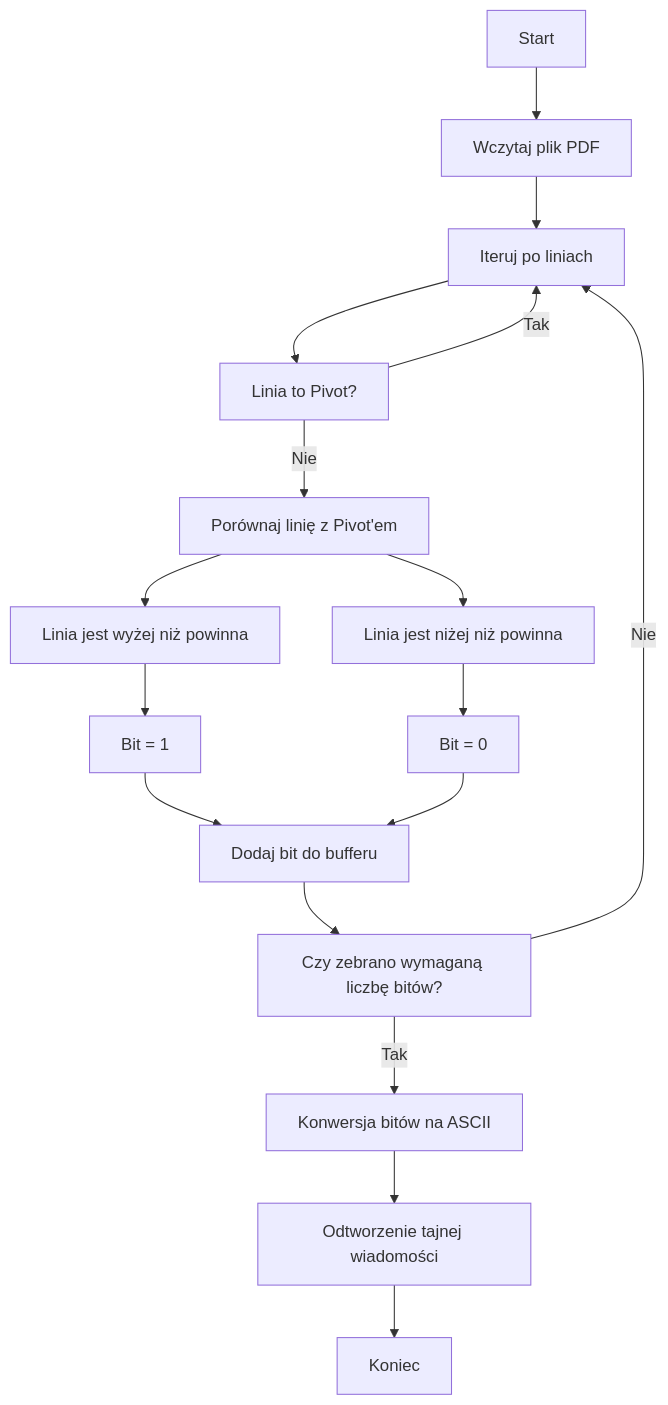
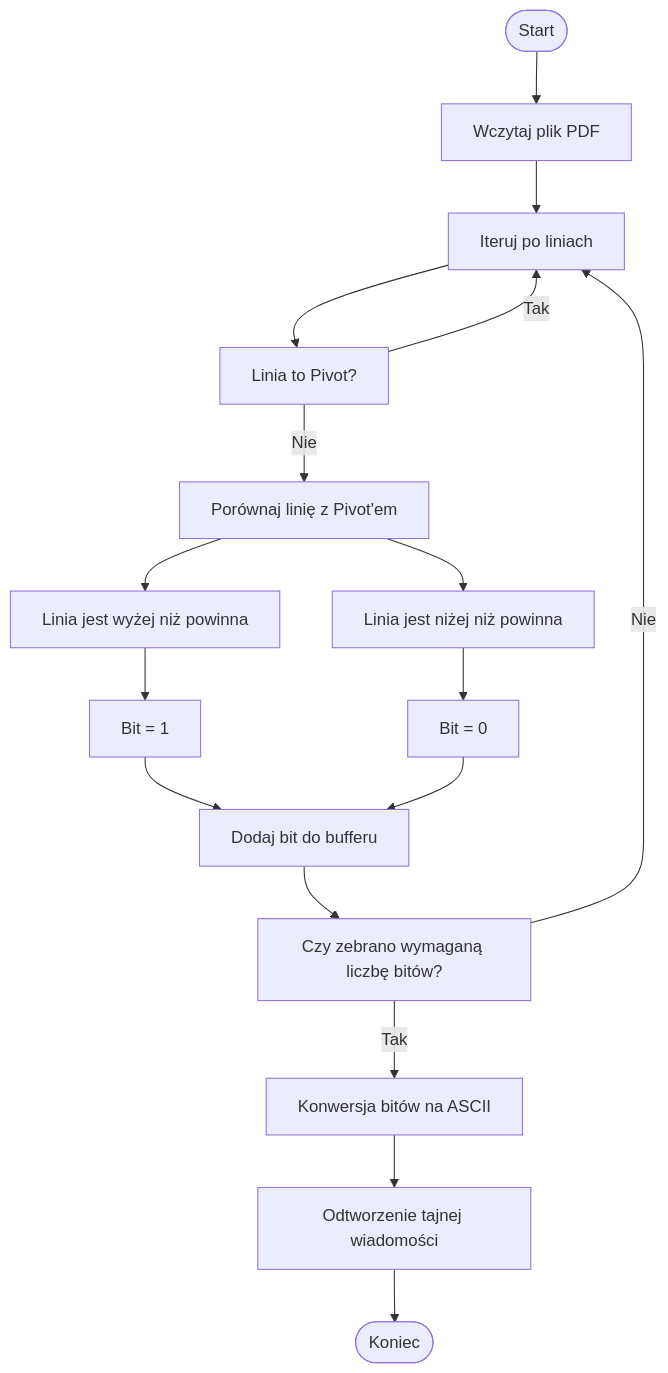
Before and after one commit to jSkwarczek/Steganografia: the sixth of 12 diagrams in docs/index.md, drawn with Mermaid. The commit also changed other lines of this file and 6 other files, not shown here.

Commit message:
Added all flow charts

````diff
--- a/docs/index.md
+++ b/docs/index.md
@@ -174,20 +177,20 @@
 ```mermaid
 flowchart TD
 
-A[Start] --> C[Wczytaj plik PDF]
+A([Start]) --> C[Wczytaj plik PDF]
 C --> B[Iteruj po liniach]
 B --> D[Linia to Pivot?]
 D --> |Tak| B
 D --> |Nie| F[Porównaj linię z Pivot'em]
 F --> G[Linia jest wyżej niż powinna]
 F --> V[Linia jest niżej niż powinna]
 G --> VV[Bit = 1]
 V --> VVV[Bit = 0]
 VV --> H[Dodaj bit do bufferu]
 VVV --> H[Dodaj bit do bufferu]
 H --> I[Czy zebrano wymaganą liczbę bitów?]
 I -->|Nie| B
 I -->|Tak| J[Konwersja bitów na ASCII]
 J --> K[Odtworzenie tajnej wiadomości]
-K --> L[Koniec]
+K --> L([Koniec])
 ```
````
